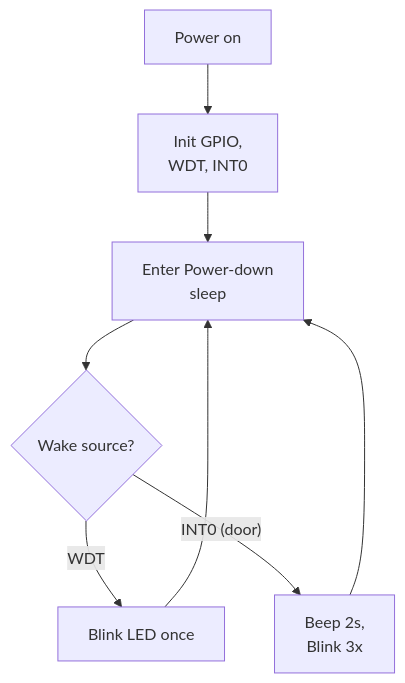
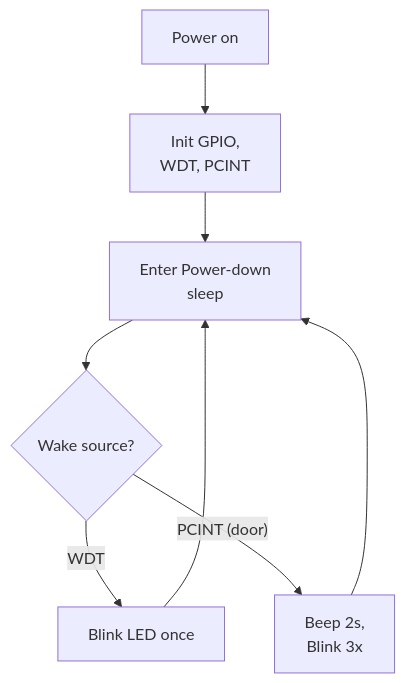
Before and after one commit to SiliconWit/embedded-programming-atmega328p: the diagram in power-management-watchdog-sleep.mdx, drawn with Mermaid. The commit also changed other lines of this file and 10 other files, not shown here.

````diff
--- a/power-management-watchdog-sleep.mdx
+++ b/power-management-watchdog-sleep.mdx
@@ -160,10 +169,10 @@
 ```mermaid
 flowchart TD
-    A["Power on"] --> B["Init GPIO,\nWDT, INT0"]
+    A["Power on"] --> B["Init GPIO,\nWDT, PCINT"]
     B --> C["Enter Power-down\nsleep"]
     C --> D{"Wake source?"}
     D -->|WDT| E["Blink LED once"]
     E --> C
-    D -->|"INT0 (door)"| F["Beep 2s,\nBlink 3x"]
+    D -->|"PCINT (door)"| F["Beep 2s,\nBlink 3x"]
     F --> C
 ```
````
